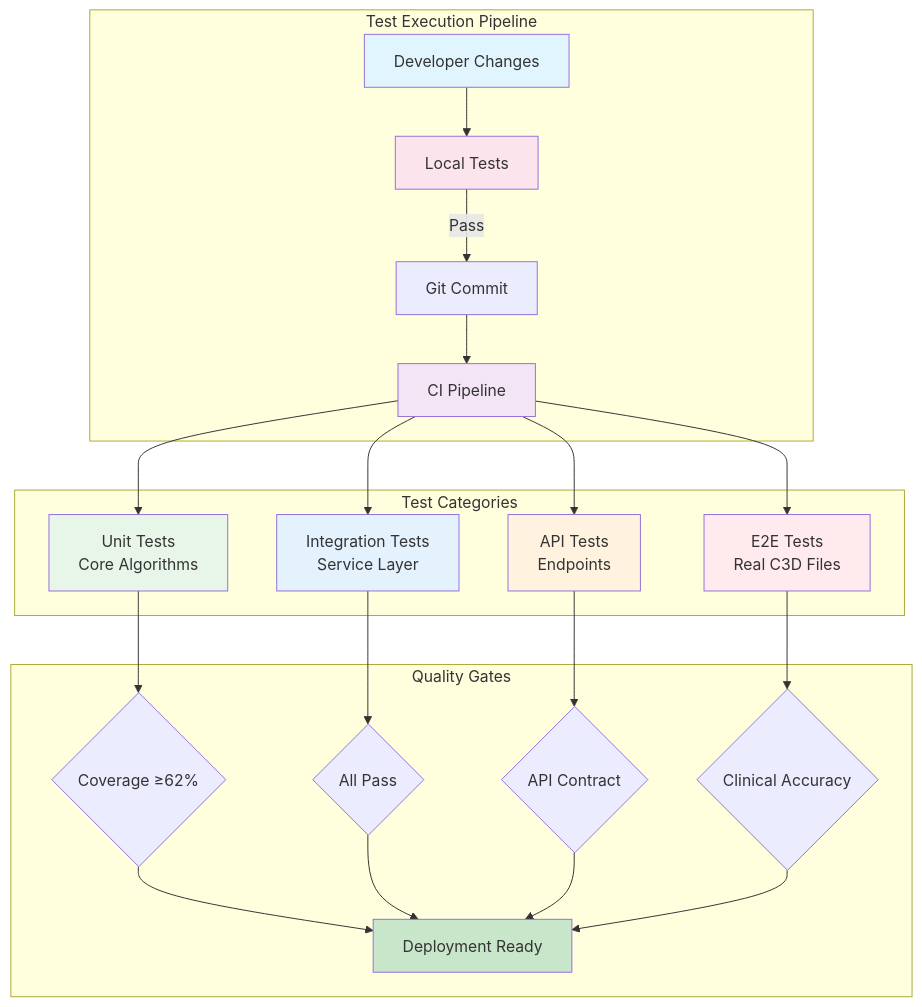
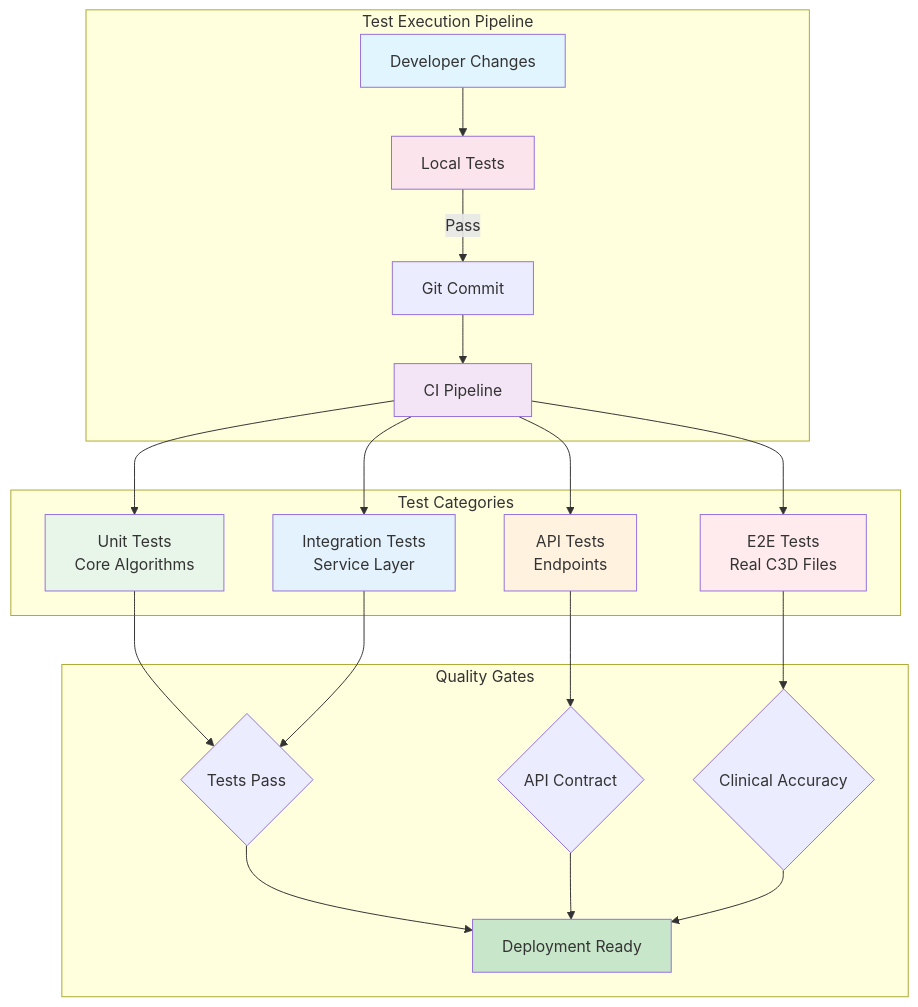
One commit to ggustin93/emg-c3d-analyzer changed the diagram in docusaurus/docs/testing.md. Above: the diagram before and after it, drawn with Mermaid. The commit also changed other lines of this file and 1 other file, not shown here.

````diff
--- a/docusaurus/docs/testing.md
+++ b/docusaurus/docs/testing.md
@@ -18,36 +18,35 @@
 ```mermaid
 graph TD
     subgraph "Test Execution Pipeline"
         Dev[Developer Changes] --> Local[Local Tests]
         Local --> |Pass| Commit[Git Commit]
         Commit --> CI[CI Pipeline]
     end
     
     subgraph "Test Categories"
         CI --> Unit[Unit Tests<br/>Core Algorithms]
         CI --> Integration[Integration Tests<br/>Service Layer]
         CI --> API[API Tests<br/>Endpoints]
         CI --> E2E[E2E Tests<br/>Real C3D Files]
     end
     
     subgraph "Quality Gates"
-        Unit --> Coverage{Coverage ≥62%}
-        Integration --> Validation{All Pass}
+        Unit --> Validation{Tests Pass}
+        Integration --> Validation
         API --> Contract{API Contract}
         E2E --> Clinical{Clinical Accuracy}
         
-        Coverage --> Deploy[Deployment Ready]
-        Validation --> Deploy
+        Validation --> Deploy[Deployment Ready]
         Contract --> Deploy
         Clinical --> Deploy
     end
     
     style Dev fill:#e1f5fe
     style Local fill:#fce4ec
     style CI fill:#f3e5f5
     style Unit fill:#e8f5e9
     style Integration fill:#e3f2fd
     style API fill:#fff3e0
     style E2E fill:#ffebee
     style Deploy fill:#c8e6c9
 ```
````
